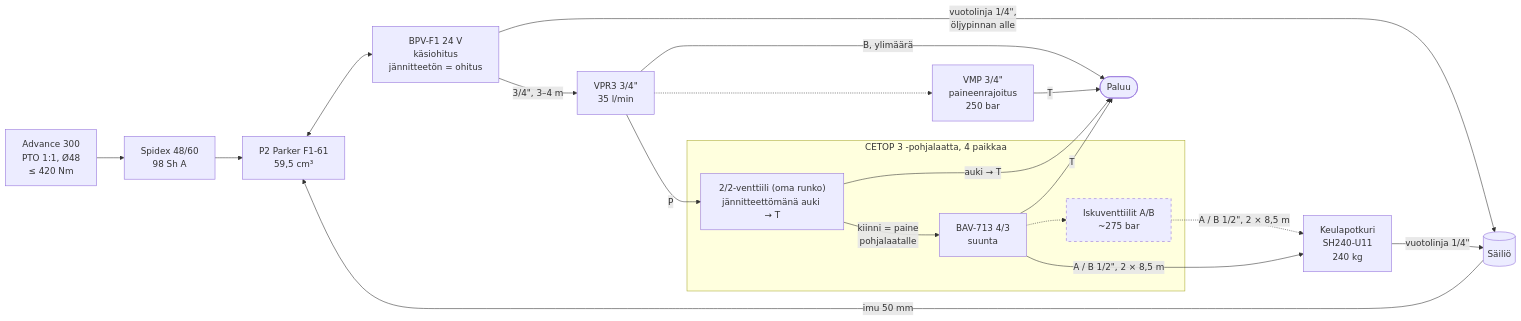
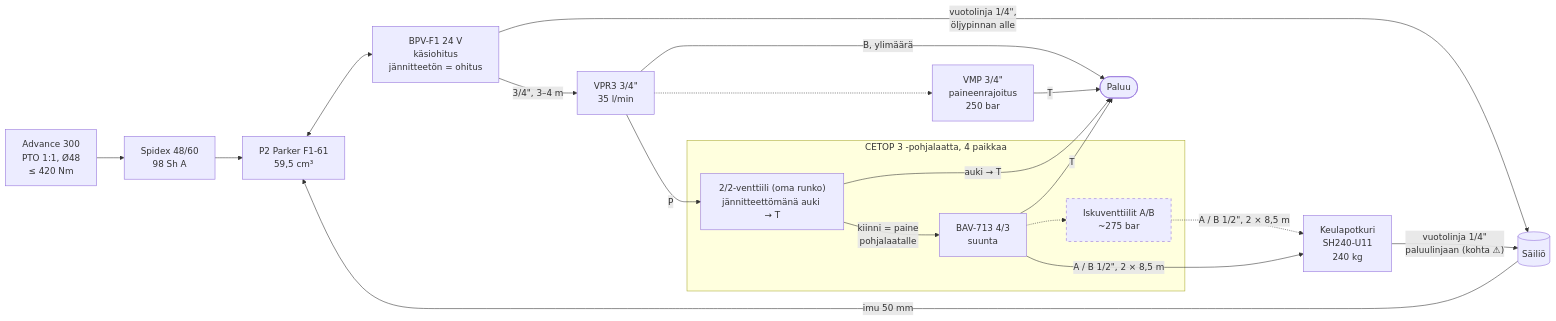
One commit to plektra/vega-systems changed the second of 3 diagrams in hydraulics/schematic.md. Above: the diagram before and after it, drawn with Mermaid. The commit also changed 2 other files, not shown here.

Commit message:
Note U11 case drain is connected to the return line; flag back-pressure check

````diff
--- a/hydraulics/schematic.md
+++ b/hydraulics/schematic.md
@@ -72,41 +72,41 @@
 ```mermaid
 flowchart LR
   GB["Advance 300<br/>PTO 1:1, Ø48<br/>≤ 420 Nm"]
   CPL["Spidex 48/60<br/>98 Sh A"]
   TANK[("Säiliö")]
   P2["P2 Parker F1-61<br/>59,5 cm³"]
   BPV["BPV-F1 24 V<br/>käsiohitus<br/>jännitteetön = ohitus"]
   VPR3["VPR3 3/4#quot;<br/>35 l/min"]
   VMP["VMP 3/4#quot;<br/>paineenrajoitus<br/>250 bar"]
   UNL["2/2-venttiili (oma runko)<br/>jännitteettömänä auki → T"]
   BAV["BAV-713 4/3<br/>suunta"]
   SHOCK["Iskuventtiilit A/B<br/>~275 bar"]
   THR["Keulapotkuri<br/>SH240-U11<br/>240 kg"]
   RET(["Paluu"])
 
   GB --> CPL --> P2
   TANK -->|"imu 50 mm"| P2
   P2 <--> BPV
   BPV -->|"vuotolinja 1/4#quot;,<br/>öljypinnan alle"| TANK
   BPV -->|"3/4#quot;, 3–4 m"| VPR3
   VPR3 -->|P| UNL
   VPR3 -.-> VMP
   UNL -->|"kiinni = paine<br/>pohjalaatalle"| BAV
   BAV -.-> SHOCK
   SHOCK -.->|"A / B 1/2#quot;, 2 × 8,5 m"| THR
   BAV -->|"A / B 1/2#quot;, 2 × 8,5 m"| THR
   VPR3 -->|"B, ylimäärä"| RET
   UNL -->|"auki → T"| RET
   BAV -->|T| RET
   VMP -->|T| RET
-  THR -->|"vuotolinja 1/4#quot;"| TANK
+  THR -->|"vuotolinja 1/4#quot;<br/>paluulinjaan (kohta ⚠)"| TANK
 
   subgraph MAN ["CETOP 3 -pohjalaatta, 4 paikkaa"]
     UNL
     BAV
     SHOCK
   end
 
   classDef planned stroke-dasharray: 5 5
   class SHOCK planned
 ```
````
